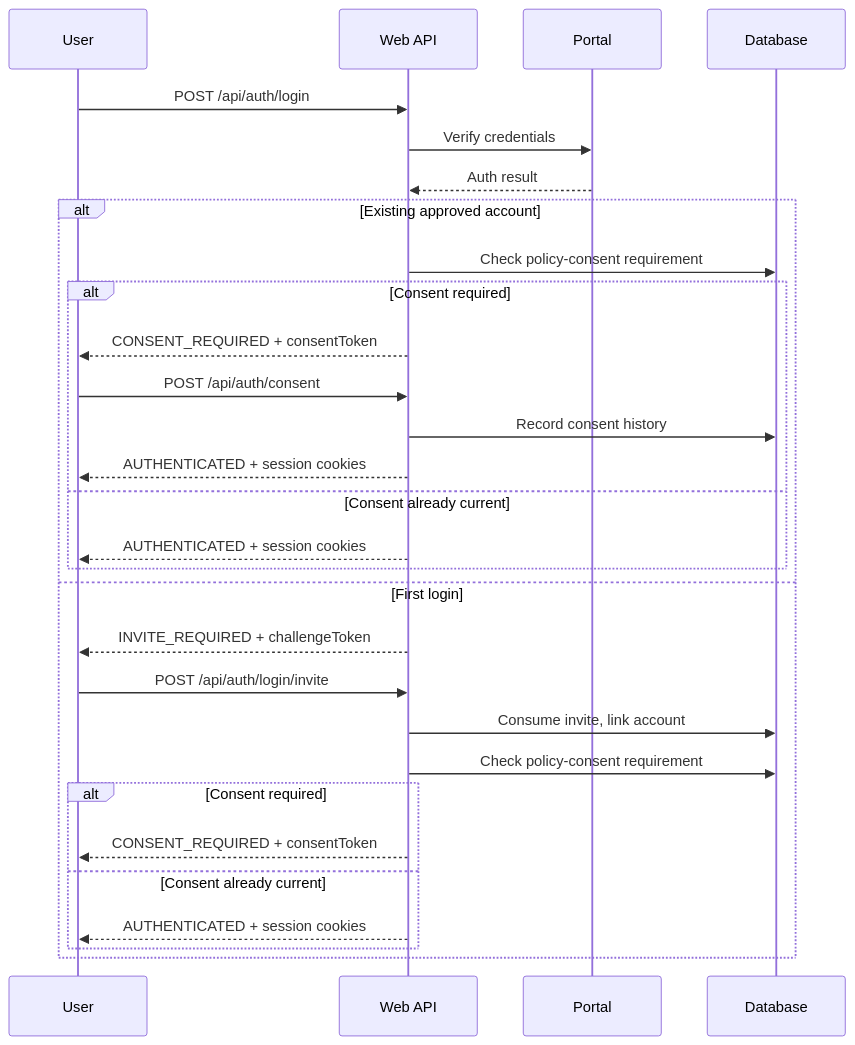
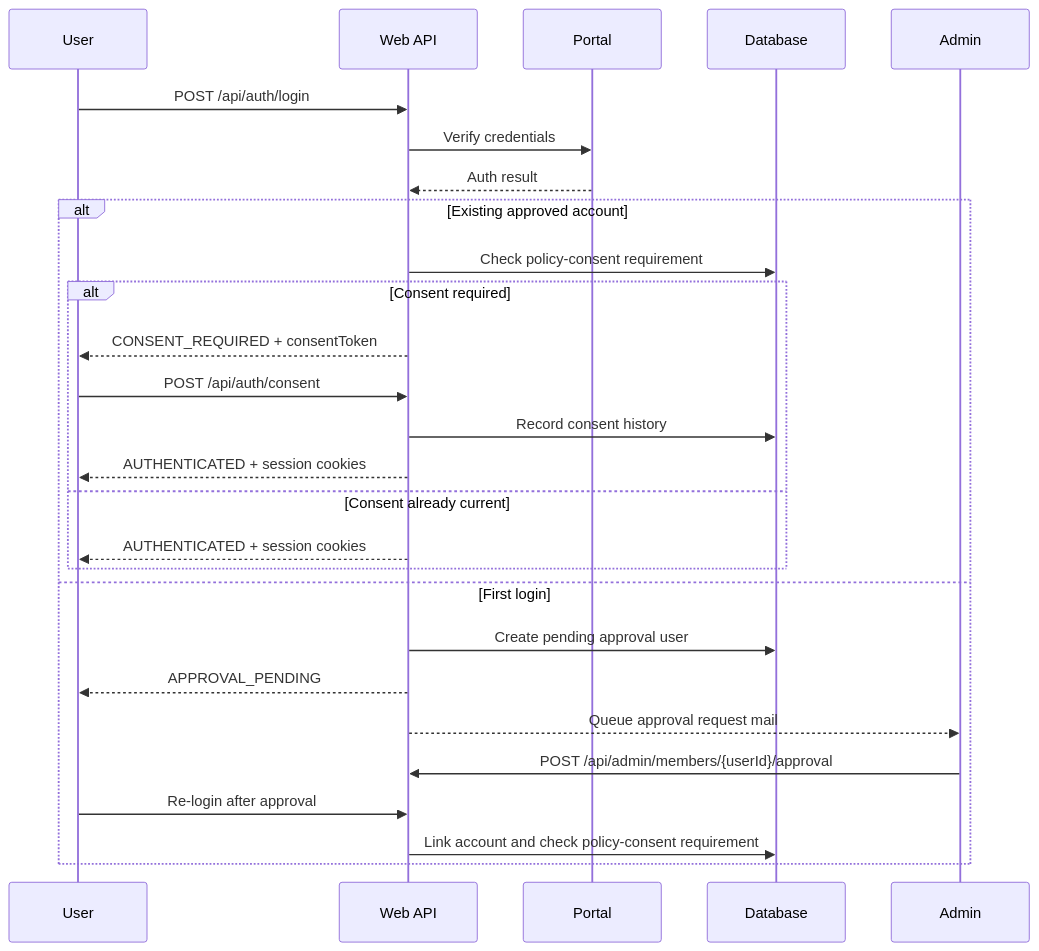
One commit to OneTop4458/cu12 changed the second of 4 diagrams in README.md. Above: the diagram before and after it, drawn with Mermaid. The commit also changed other lines of this file and 42 other files, not shown here.

Commit message:
feat(auth): replace invite onboarding with admin approval

````diff
--- a/README.md
+++ b/README.md
@@ -38,32 +38,29 @@
 ```mermaid
 sequenceDiagram
   participant U as User
   participant Web as Web API
   participant Portal as Portal
   participant DB as Database
 
   U->>Web: POST /api/auth/login
   Web->>Portal: Verify credentials
   Portal-->>Web: Auth result
   alt Existing approved account
     Web->>DB: Check policy-consent requirement
     alt Consent required
       Web-->>U: CONSENT_REQUIRED + consentToken
       U->>Web: POST /api/auth/consent
       Web->>DB: Record consent history
       Web-->>U: AUTHENTICATED + session cookies
     else Consent already current
       Web-->>U: AUTHENTICATED + session cookies
     end
   else First login
-    Web-->>U: INVITE_REQUIRED + challengeToken
-    U->>Web: POST /api/auth/login/invite
-    Web->>DB: Consume invite, link account
-    Web->>DB: Check policy-consent requirement
-    alt Consent required
-      Web-->>U: CONSENT_REQUIRED + consentToken
-    else Consent already current
-      Web-->>U: AUTHENTICATED + session cookies
-    end
+    Web->>DB: Create pending approval user
+    Web-->>U: APPROVAL_PENDING
+    Web-->>Admin: Queue approval request mail
+    Admin->>Web: POST /api/admin/members/{userId}/approval
+    U->>Web: Re-login after approval
+    Web->>DB: Link account and check policy-consent requirement
   end
 ```
````
